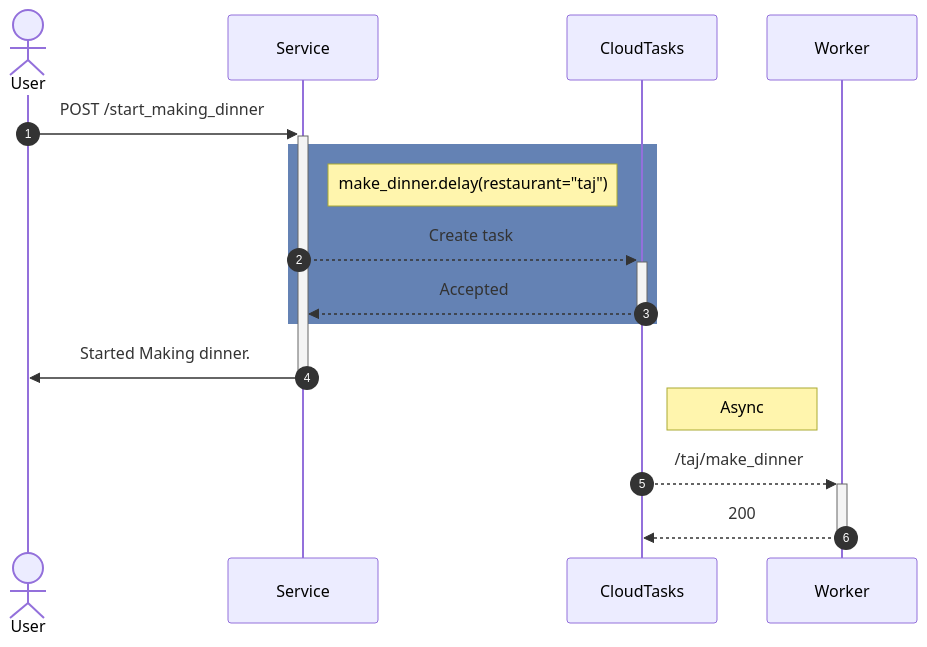
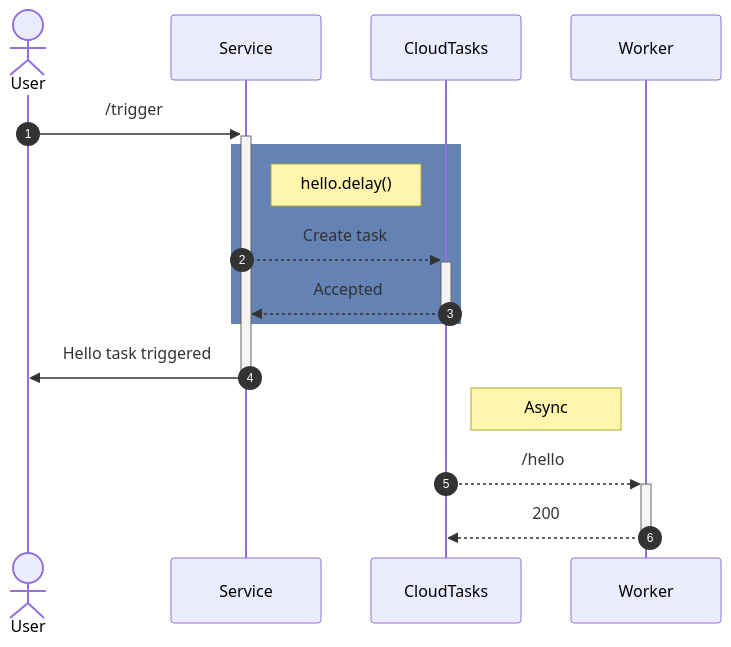
One commit to Adori/fastapi-cloud-tasks changed the diagram in README.md. Above: the diagram before and after it, drawn with Mermaid.

Commit message:
Use the simple example instead of restaurant to fit in diagram

````diff
--- a/README.md
+++ b/README.md
@@ -5,22 +5,24 @@
 ```mermaid
 sequenceDiagram
     autonumber
     actor User
     participant Service
     participant CloudTasks
     participant Worker
 
 
-    User ->>+ Service: POST /start_making_dinner
+    User ->>+ Service: /trigger
+
 
     rect rgb(100,130,180)
-    note right of Service: make_dinner.delay(restaurant="taj")
+    note right of Service: hello.delay()
     Service -->>+ CloudTasks: Create task
     CloudTasks -->>- Service: Accepted
     end
 
-    Service ->>- User: Started Making dinner.
+    Service ->>- User: Hello task triggered
     note right of CloudTasks: Async
-    CloudTasks -->>+ Worker: /taj/make_dinner
+    CloudTasks -->>+ Worker: /hello
     Worker -->>- CloudTasks: 200
+
 ```
````
